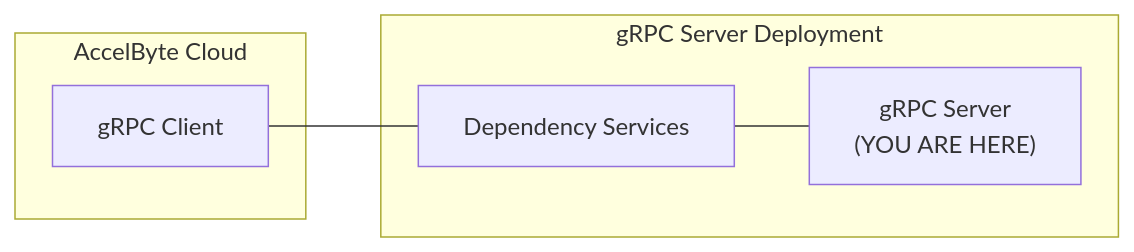
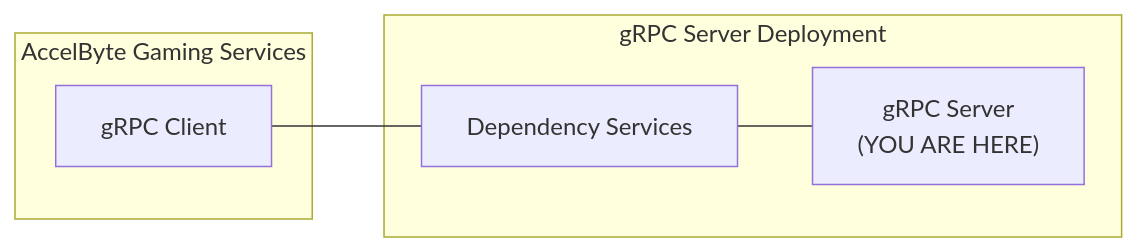
One commit to AccelByte/chat-filter-grpc-plugin-server-go changed the diagram in README.md. Above: the diagram before and after it, drawn with Mermaid. The commit also changed other lines of this file, not shown here.

Commit message:
chore(docs): rename AccelByte Cloud to AccelByte Gaming Services

````diff
--- a/README.md
+++ b/README.md
@@ -3,12 +3,12 @@
 ```mermaid
 flowchart LR
-   subgraph AccelByte Cloud
+   subgraph AccelByte Gaming Services
    CL[gRPC Client]
    end
    subgraph gRPC Server Deployment
    SV["gRPC Server\n(YOU ARE HERE)"]
    DS[Dependency Services]
    CL --- DS
    end
    DS --- SV
 ```
````
